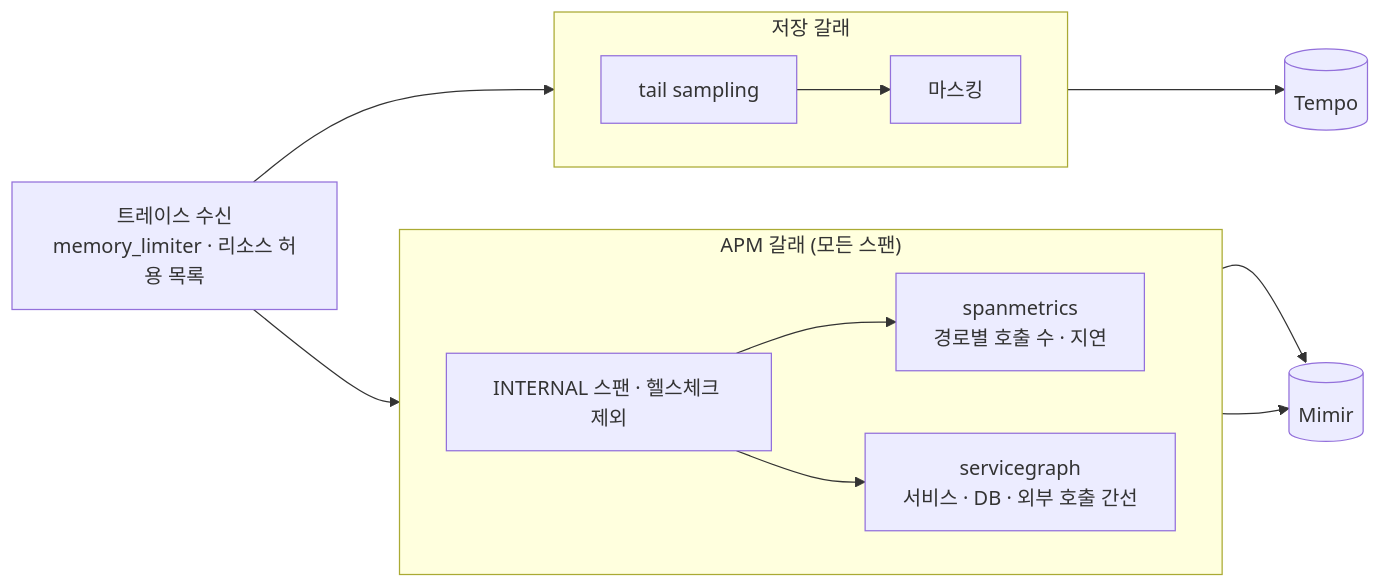
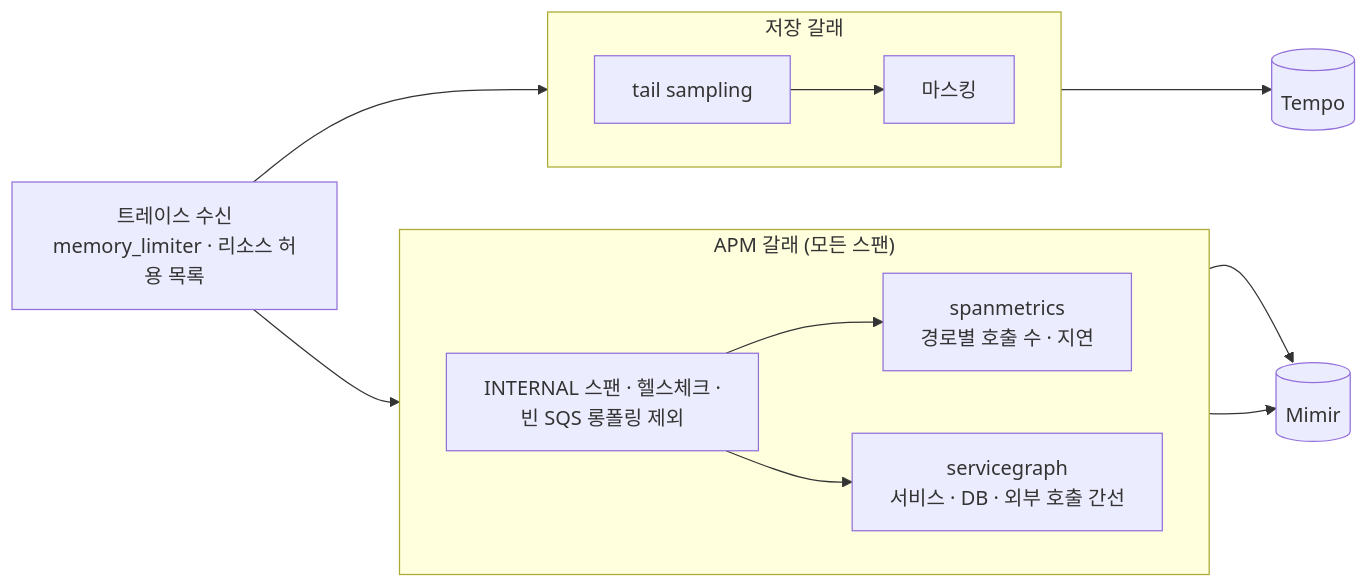
Before and after one commit to Grandis-2/nova-infra: the third of 4 diagrams in terraform/aws/monitoring/lgtm/nova_apnortheast2/config/README.md, drawn with Mermaid. The commit also changed 3 other files, not shown here.

Commit message:
fix(monitoring): APM 지표에서 빈 SQS 롱폴링 제외, 나가는 호출 표 Top 15 로 (NV-538 리뷰)

````diff
--- a/terraform/aws/monitoring/lgtm/nova_apnortheast2/config/README.md
+++ b/terraform/aws/monitoring/lgtm/nova_apnortheast2/config/README.md
@@ -89,15 +89,15 @@
 ```mermaid
 flowchart LR
   recv["트레이스 수신<br/>memory_limiter · 리소스 허용 목록"] --> apm & smp
   subgraph apm["APM 갈래 (모든 스팬)"]
     direction LR
-    f["INTERNAL 스팬 · 헬스체크 제외"] --> sm["spanmetrics<br/>경로별 호출 수 · 지연"]
+    f["INTERNAL 스팬 · 헬스체크 ·<br/>빈 SQS 롱폴링 제외"] --> sm["spanmetrics<br/>경로별 호출 수 · 지연"]
     f --> sg["servicegraph<br/>서비스 · DB · 외부 호출 간선"]
   end
   subgraph smp["저장 갈래"]
     direction LR
     tail["tail sampling"] --> mask["마스킹"]
   end
   sm & sg --> mimir[("Mimir")]
   mask --> tempo[("Tempo")]
 ```
````
